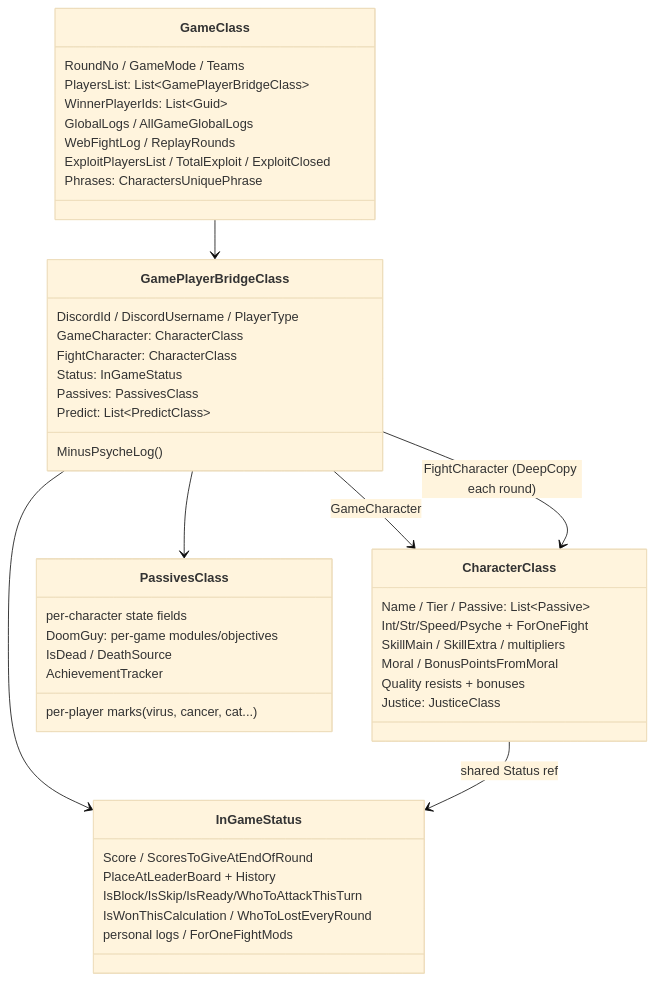
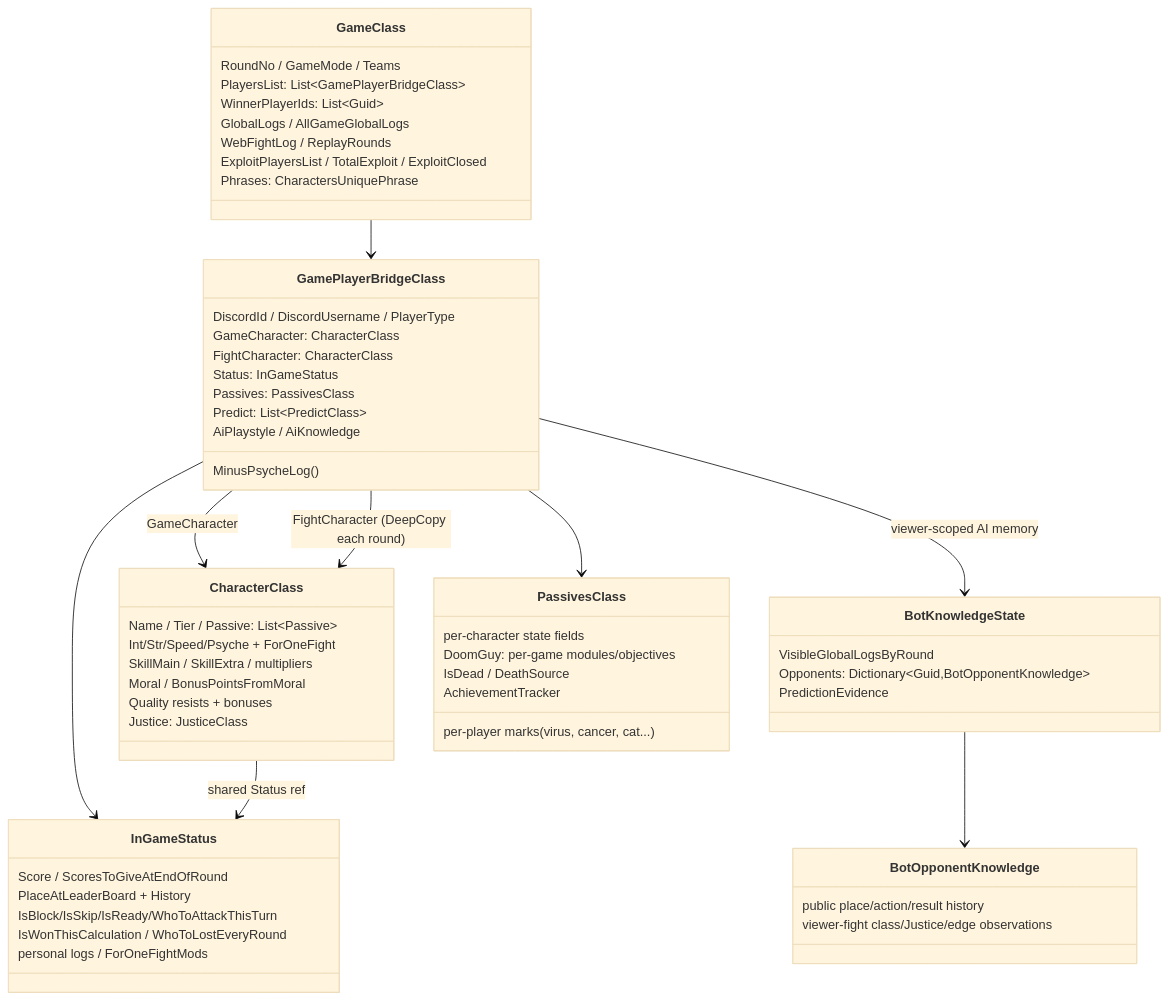
Before and after one commit to akulihin/King-of-the-Garbage-Hill: the second of 2 diagrams in docs/ARCHITECTURE.md, drawn with Mermaid (base theme). The commit also changed other lines of this file and 19 other files, not shown here.

````diff
--- a/docs/ARCHITECTURE.md
+++ b/docs/ARCHITECTURE.md
@@ -31,49 +31,61 @@
 ```mermaid
 classDiagram
     class GameClass {
         RoundNo / GameMode / Teams
         PlayersList: List~GamePlayerBridgeClass~
         WinnerPlayerIds: List~Guid~
         GlobalLogs / AllGameGlobalLogs
         WebFightLog / ReplayRounds
         ExploitPlayersList / TotalExploit / ExploitClosed
         Phrases: CharactersUniquePhrase
     }
     class GamePlayerBridgeClass {
         DiscordId / DiscordUsername / PlayerType
         GameCharacter: CharacterClass
         FightCharacter: CharacterClass
         Status: InGameStatus
         Passives: PassivesClass
         Predict: List~PredictClass~
+        AiPlaystyle / AiKnowledge
         MinusPsycheLog()
+    }
+    class BotKnowledgeState {
+        VisibleGlobalLogsByRound
+        Opponents: Dictionary~Guid,BotOpponentKnowledge~
+        PredictionEvidence
+    }
+    class BotOpponentKnowledge {
+        public place/action/result history
+        viewer-fight class/Justice/edge observations
     }
     class CharacterClass {
         Name / Tier / Passive: List~Passive~
         Int/Str/Speed/Psyche + ForOneFight
         SkillMain / SkillExtra / multipliers
         Moral / BonusPointsFromMoral
         Quality resists + bonuses
         Justice: JusticeClass
     }
     class InGameStatus {
         Score / ScoresToGiveAtEndOfRound
         PlaceAtLeaderBoard + History
         IsBlock/IsSkip/IsReady/WhoToAttackThisTurn
         IsWonThisCalculation / WhoToLostEveryRound
         personal logs / ForOneFightMods
     }
     class PassivesClass {
         per-character state fields
         DoomGuy: per-game modules/objectives
         per-player marks (virus, cancer, cat...)
         IsDead / DeathSource
         AchievementTracker
     }
     GameClass --> GamePlayerBridgeClass
     GamePlayerBridgeClass --> CharacterClass : GameCharacter
     GamePlayerBridgeClass --> CharacterClass : FightCharacter (DeepCopy each round)
     GamePlayerBridgeClass --> InGameStatus
     GamePlayerBridgeClass --> PassivesClass
+    GamePlayerBridgeClass --> BotKnowledgeState : viewer-scoped AI memory
+    BotKnowledgeState --> BotOpponentKnowledge
     CharacterClass --> InGameStatus : shared Status ref
 ```
````
